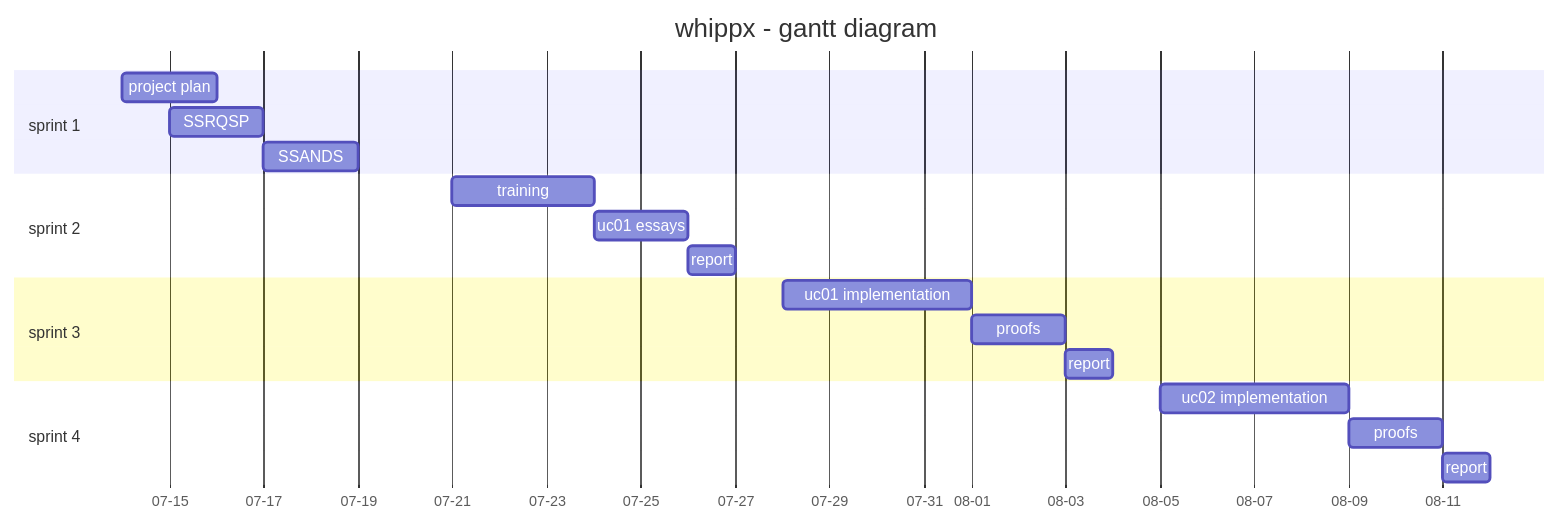
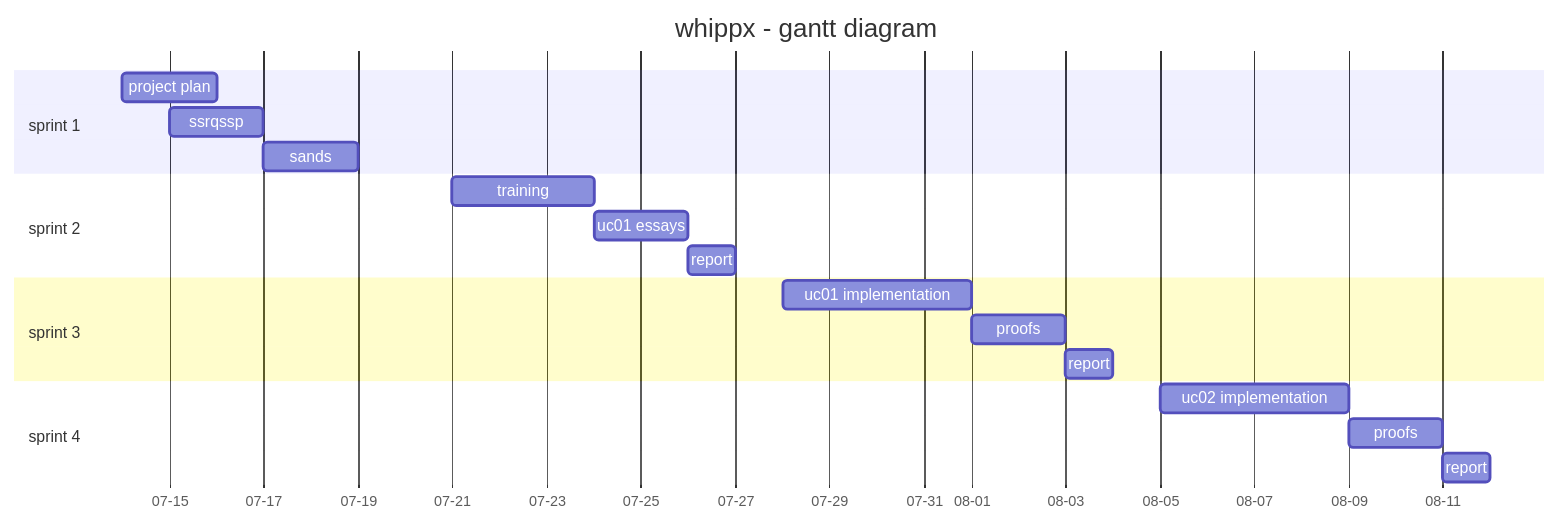
The diagram in management/project plan.md (nzzrs/whippx), drawn with Mermaid before and after one commit. The commit also changed 3 other files, not shown here.

````diff
--- a/management/project plan.md
+++ b/management/project plan.md
@@ -8,35 +8,35 @@
 ```mermaid
 
 %%{init: {"theme": "corporate", "gantt": {"axisFormat": "%m-%d"}}}%%
 
 gantt
 
 title whippx - gantt diagram
 
 dateFormat YYYY-MM-DD
 
 section sprint 1
 
 	project plan               :a1, 2024-07-14, 2d
-	SSRQSP                     :a3, 2024-07-15, 2d
-	SSANDS                     :a4, after a3,   2d
+	ssrqssp                     :a3, 2024-07-15, 2d
+	sands                     :a4, after a3,   2d
 
 section sprint 2
 
 	training                   :b1, 2024-07-21, 3d
 	uc01 essays                :b2, after b1,   2d
 	report                     :b3, after b2,   1d
 
 section sprint 3
 
 	uc01 implementation        :c1, 2024-07-28, 4d
 	proofs                     :c2, after c1,   2d
 	report                     :c3, after c2,   1d
 
 section sprint 4
 
 	uc02 implementation        :d1, 2024-08-05, 4d
 	proofs                     :d2, after d1,   2d
 	report                     :d3, after d2,   1d
 
 ```
````
